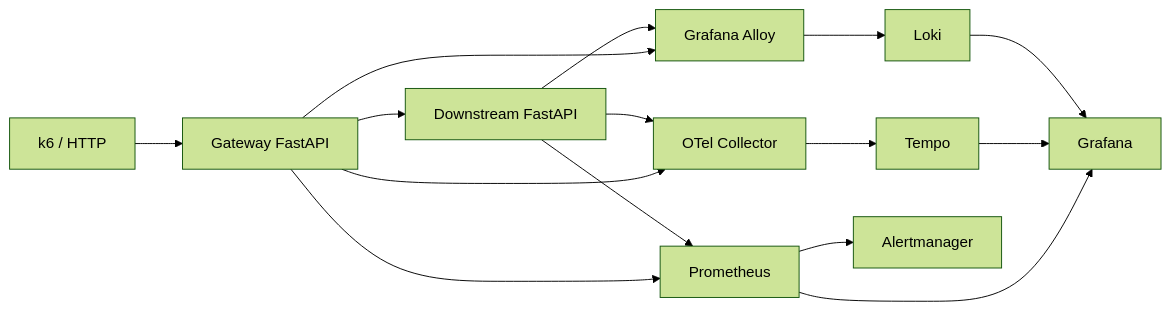
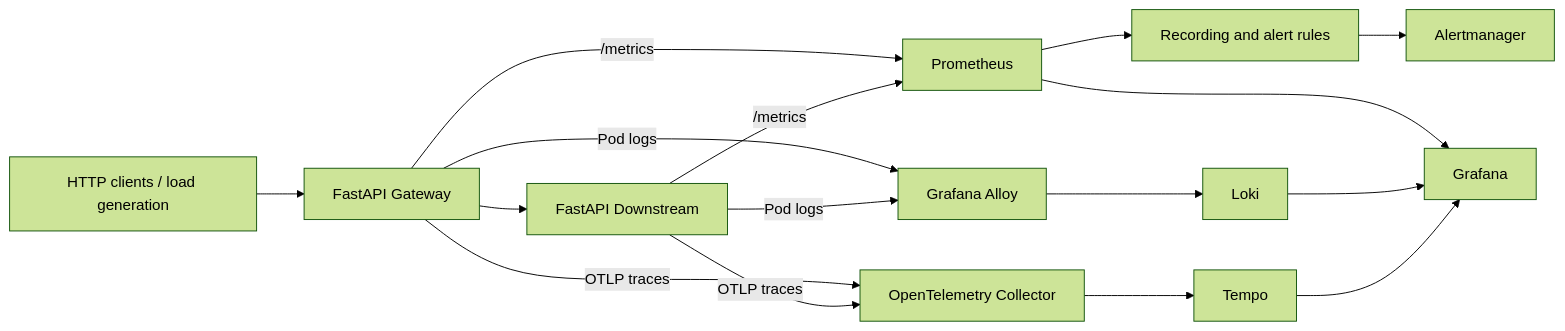
Before and after one commit to Fouad-DevOps-Projects/observability-resilience-platform-lab: the diagram in README.md, drawn with Mermaid (forest theme). The commit also changed other lines of this file and 4 other files, not shown here.

````diff
--- a/README.md
+++ b/README.md
@@ -13,17 +43,13 @@
 ```mermaid
 flowchart LR
-  Client[k6 / HTTP] --> API[Gateway FastAPI]
-  API --> Worker[Downstream FastAPI]
-  API --> Prom[Prometheus]
-  Worker --> Prom
-  API --> OTel[OTel Collector]
-  Worker --> OTel
-  OTel --> Tempo[Tempo]
-  API --> Alloy[Grafana Alloy]
-  Worker --> Alloy
+  Client[HTTP clients / load generation] --> Gateway[FastAPI Gateway]
+  Gateway --> Downstream[FastAPI Downstream]
+  Gateway & Downstream -->|/metrics| Prometheus[Prometheus]
+  Gateway & Downstream -->|OTLP traces| Collector[OpenTelemetry Collector]
+  Collector --> Tempo[Tempo]
+  Gateway & Downstream -->|Pod logs| Alloy[Grafana Alloy]
   Alloy --> Loki[Loki]
-  Prom --> Grafana[Grafana]
-  Tempo --> Grafana
-  Loki --> Grafana
-  Prom --> Alerts[Alertmanager]
+  Prometheus --> Rules[Recording and alert rules]
+  Rules --> Alertmanager[Alertmanager]
+  Prometheus & Loki & Tempo --> Grafana[Grafana]
 ```
````
